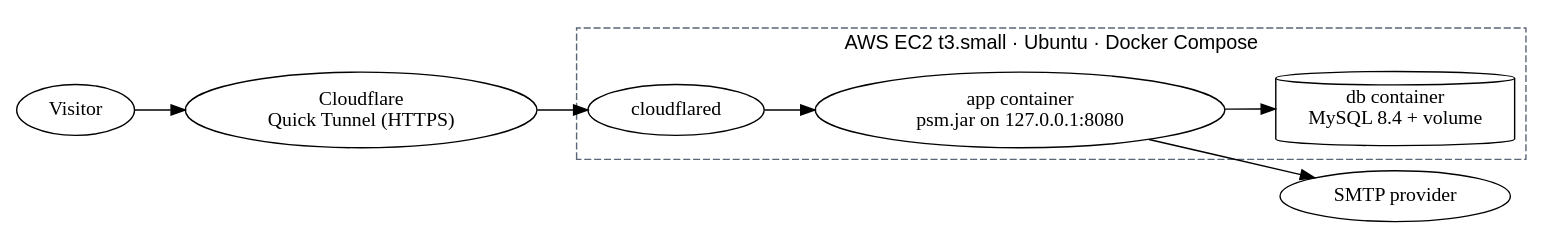
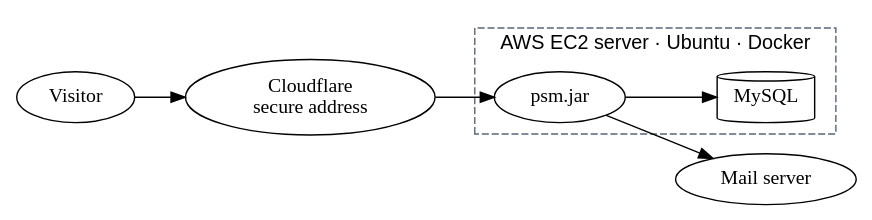
The third of 3 diagrams in docs/pack/compte-rendu.md (aziza-bellanes/angluar-springboot-project), drawn with Graphviz before and after one commit. The commit also changed other lines of this file and 15 other files, not shown here.

````diff
--- a/docs/pack/compte-rendu.md
+++ b/docs/pack/compte-rendu.md
@@ -240,10 +212,10 @@
 ```dot
 digraph {
-  rankdir=LR; nodesep=0.25;
-  u[label="Visitor"]; cf[label="Cloudflare\nQuick Tunnel (HTTPS)"];
-  subgraph cluster_e { label="AWS EC2 t3.small · Ubuntu · Docker Compose"; style="dashed"; color="#5b6678"; fontname="Helvetica";
-    t[label="cloudflared"]; app[label="app container\npsm.jar on 127.0.0.1:8080"]; db[label="db container\nMySQL 8.4 + volume",shape=cylinder]; }
-  smtp[label="SMTP provider"];
-  u -> cf -> t -> app -> db; app -> smtp;
+  rankdir=LR; nodesep=0.3;
+  u[label="Visitor"]; cf[label="Cloudflare\nsecure address"];
+  subgraph cluster_a { label="AWS EC2 server · Ubuntu · Docker"; style="dashed"; color="#5b6678"; fontname="Helvetica";
+    app[label="psm.jar"]; db[label="MySQL",shape=cylinder]; }
+  m[label="Mail server"];
+  u -> cf -> app -> db; app -> m;
 }
 ```
````
